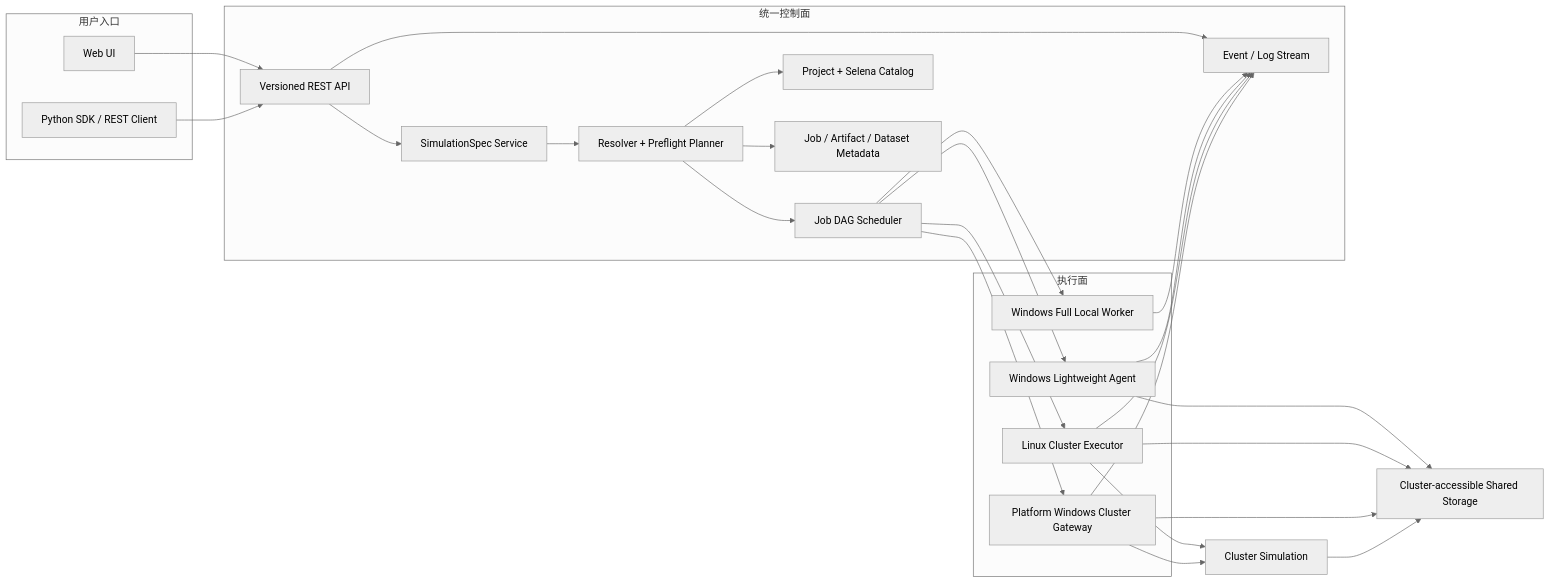
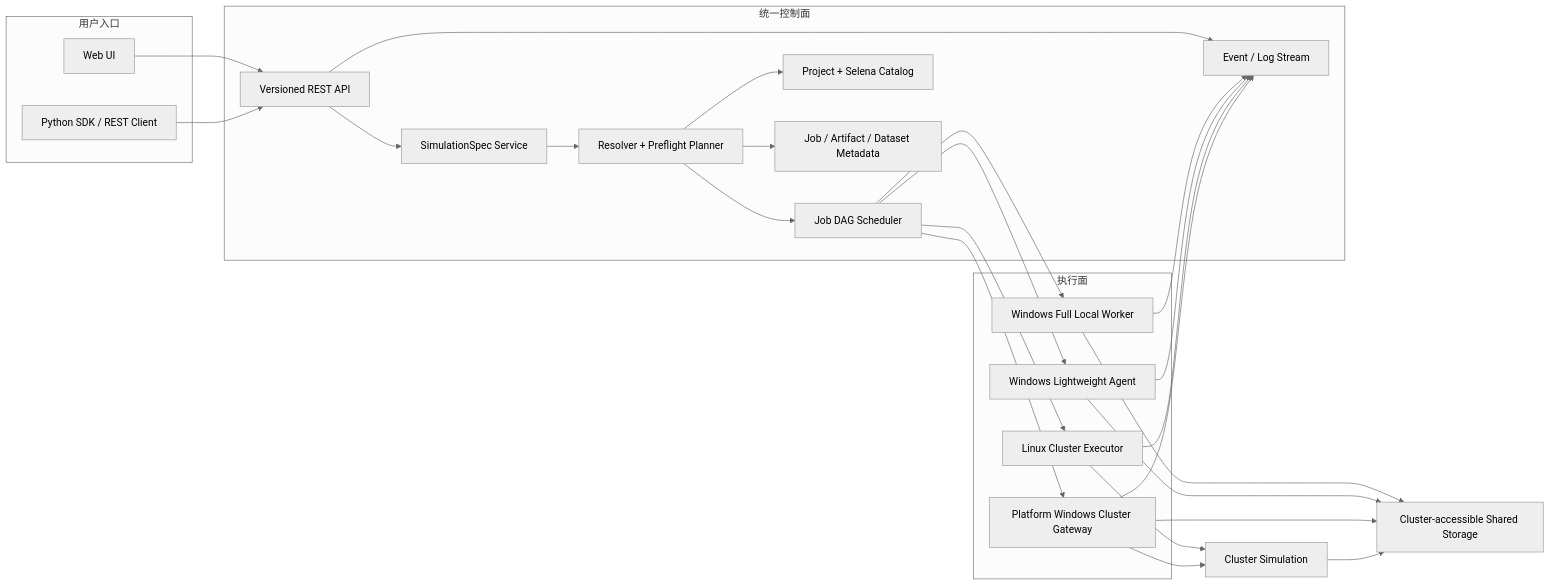
Before and after one commit to Bobs1121/radar-sim: the first of 5 diagrams in docs/DETAILED_DESIGN.md, drawn with Mermaid (neutral theme). The commit also changed other lines of this file and 34 other files, not shown here.

````diff
--- a/docs/DETAILED_DESIGN.md
+++ b/docs/DETAILED_DESIGN.md
@@ -153,48 +153,48 @@
 ```mermaid
 flowchart LR
     subgraph Entrances["用户入口"]
         Web["Web UI"]
         SDK["Python SDK / REST Client"]
     end
 
     subgraph Control["统一控制面"]
         API["Versioned REST API"]
         Spec["SimulationSpec Service"]
         Resolver["Resolver + Preflight Planner"]
         Scheduler["Job DAG Scheduler"]
         Events["Event / Log Stream"]
         Catalog["Project + Selena Catalog"]
         Store["Job / Artifact / Dataset Metadata"]
     end
 
     subgraph Execution["执行面"]
         Local["Windows Full Local Worker"]
         Agent["Windows Lightweight Agent"]
         LinuxExec["Linux Cluster Executor"]
         Gateway["Platform Windows Cluster Gateway"]
     end
 
     Shared["Cluster-accessible Shared Storage"]
     Cluster["Cluster Simulation"]
 
     Web --> API
     SDK --> API
     API --> Spec --> Resolver --> Scheduler
     API --> Events
     Resolver --> Catalog
     Resolver --> Store
     Scheduler --> Local
     Scheduler --> Agent
     Scheduler --> LinuxExec
     Scheduler --> Gateway
     Local --> Events
     Agent --> Events
     LinuxExec --> Events
     Gateway --> Events
+    Local --> Shared
     Agent --> Shared
-    LinuxExec --> Shared
     Gateway --> Shared
     LinuxExec --> Cluster
     Gateway --> Cluster
     Cluster --> Shared
 ```
````
